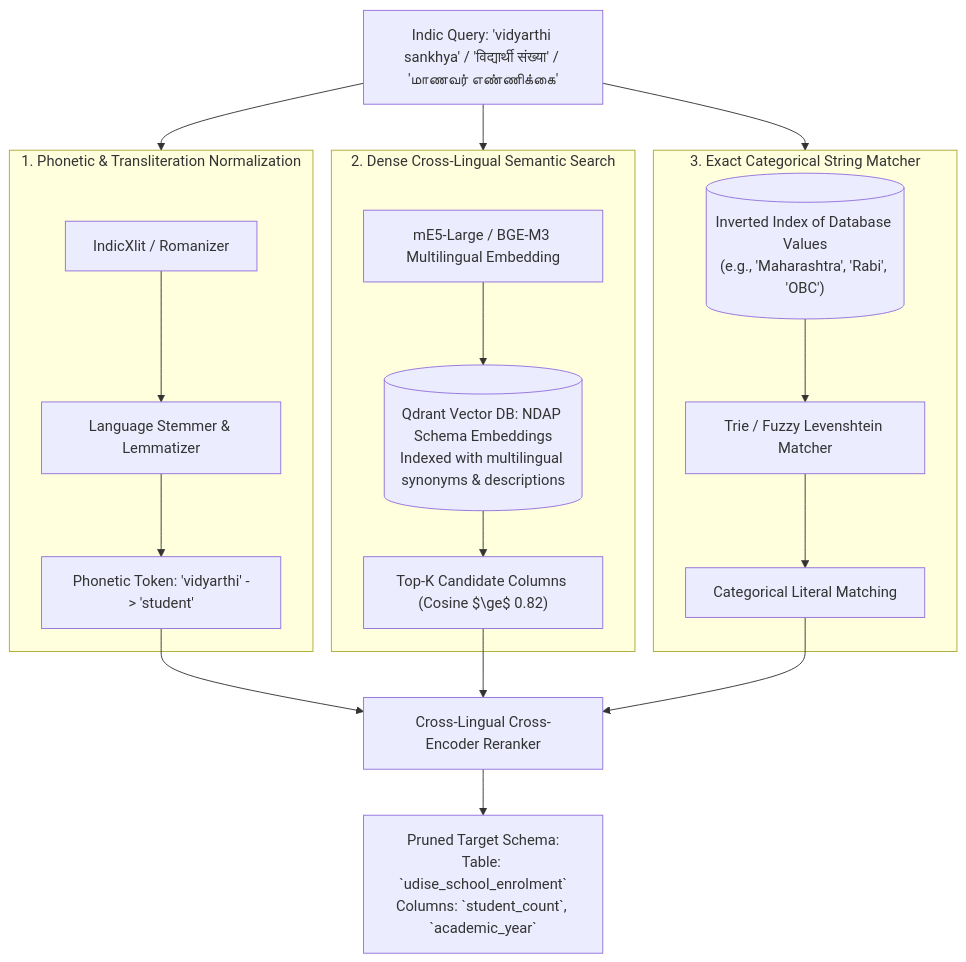
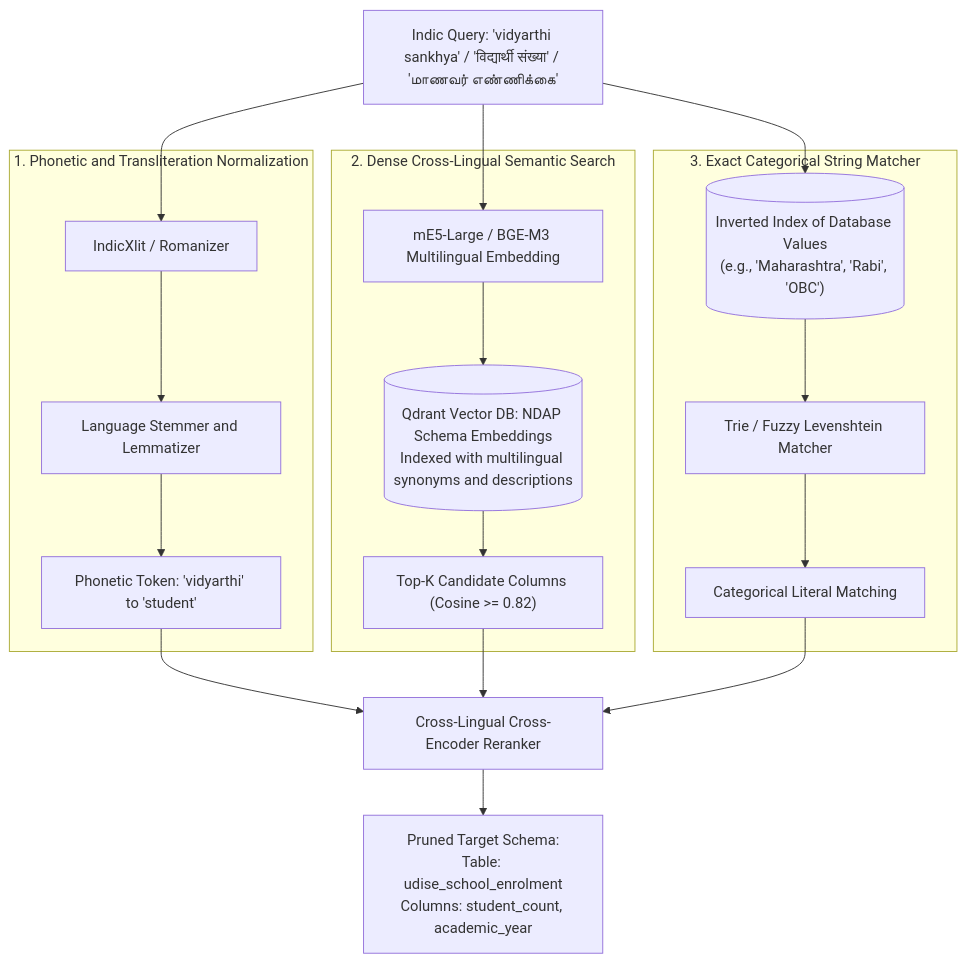
Before and after one commit to ojhaprathmesh/IndicSQL_Repo: the eighth of 12 diagrams in PLAN.md, drawn with Mermaid. The commit also changed other lines of this file and 6 other files, not shown here.

Commit message:
docs(plan): integrate Flutter voice cockpit & resolve all mermaid rendering errors

````diff
--- a/PLAN.md
+++ b/PLAN.md
@@ -370,35 +372,35 @@
 ```mermaid
 flowchart TD
     Q_IND["Indic Query: 'vidyarthi sankhya' / 'विद्यार्थी संख्या' / 'மாணவர் எண்ணிக்கை'"]
     
-    subgraph Path_1["1. Phonetic & Transliteration Normalization"]
+    subgraph Path_1["1. Phonetic and Transliteration Normalization"]
         XLIT["IndicXlit / Romanizer"]
-        STEM["Language Stemmer & Lemmatizer"]
+        STEM["Language Stemmer and Lemmatizer"]
         XLIT --> STEM
-        STEM --> PHON_VEC["Phonetic Token: 'vidyarthi' -> 'student'"]
+        STEM --> PHON_VEC["Phonetic Token: 'vidyarthi' to 'student'"]
     end
 
     subgraph Path_2["2. Dense Cross-Lingual Semantic Search"]
         ME5["mE5-Large / BGE-M3 Multilingual Embedding"]
-        QDRANT[("Qdrant Vector DB: NDAP Schema Embeddings\nIndexed with multilingual synonyms & descriptions")]
+        QDRANT[("Qdrant Vector DB: NDAP Schema Embeddings\nIndexed with multilingual synonyms and descriptions")]
         ME5 --> QDRANT
-        QDRANT --> DENSE_MATCH["Top-K Candidate Columns (Cosine $\ge$ 0.82)"]
+        QDRANT --> DENSE_MATCH["Top-K Candidate Columns (Cosine >= 0.82)"]
     end
 
     subgraph Path_3["3. Exact Categorical String Matcher"]
         VALUE_INDEX[("Inverted Index of Database Values\n(e.g., 'Maharashtra', 'Rabi', 'OBC')")]
         TRIE["Trie / Fuzzy Levenshtein Matcher"]
         VALUE_INDEX --> TRIE
         TRIE --> CAT_MATCH["Categorical Literal Matching"]
     end
 
-    Q_IND --> Path_1
-    Q_IND --> Path_2
-    Q_IND --> Path_3
+    Q_IND --> XLIT
+    Q_IND --> ME5
+    Q_IND --> VALUE_INDEX
 
     PHON_VEC --> RERANK["Cross-Lingual Cross-Encoder Reranker"]
     DENSE_MATCH --> RERANK
     CAT_MATCH --> RERANK
 
-    RERANK --> FINAL_SCHEMA["Pruned Target Schema:\nTable: `udise_school_enrolment`\nColumns: `student_count`, `academic_year`"]
+    RERANK --> FINAL_SCHEMA["Pruned Target Schema:\nTable: udise_school_enrolment\nColumns: student_count, academic_year"]
 ```
````
